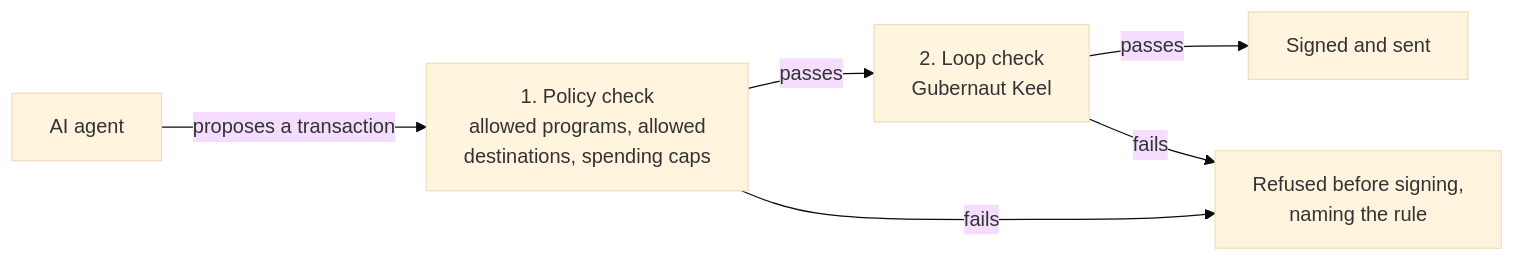
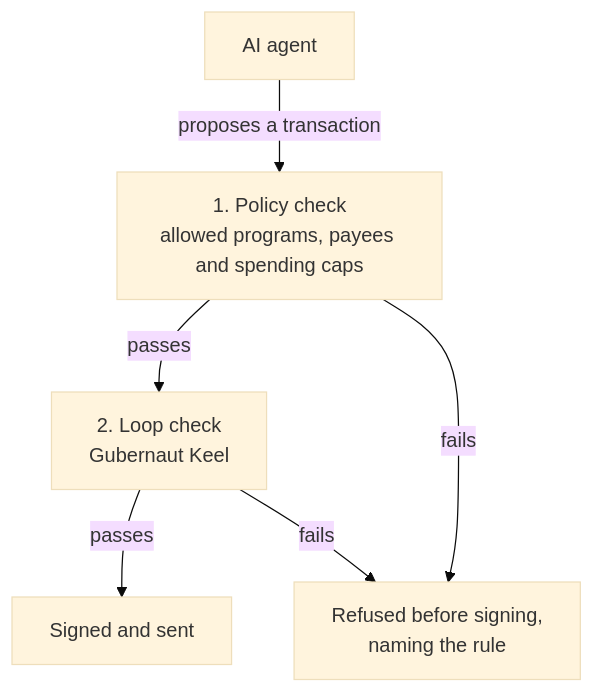
Before and after one commit to dushyants4/solanaut: the diagram in README.md, drawn with Mermaid (base theme). The commit also changed other lines of this file and 6 other files, not shown here.

````diff
--- a/README.md
+++ b/README.md
@@ -36,8 +36,8 @@
 ```mermaid
-flowchart LR
-    A["AI agent"] -- "proposes a transaction" --> P["1. Policy check<br/>allowed programs, allowed<br/>destinations, spending caps"]
+flowchart TD
+    A["AI agent"] -- "proposes a transaction" --> P["1. Policy check<br/>allowed programs, payees and spending caps"]
     P -- "passes" --> K["2. Loop check<br/>Gubernaut Keel"]
     K -- "passes" --> S["Signed and sent"]
     P -- "fails" --> D["Refused before signing,<br/>naming the rule"]
     K -- "fails" --> D
 ```
````
